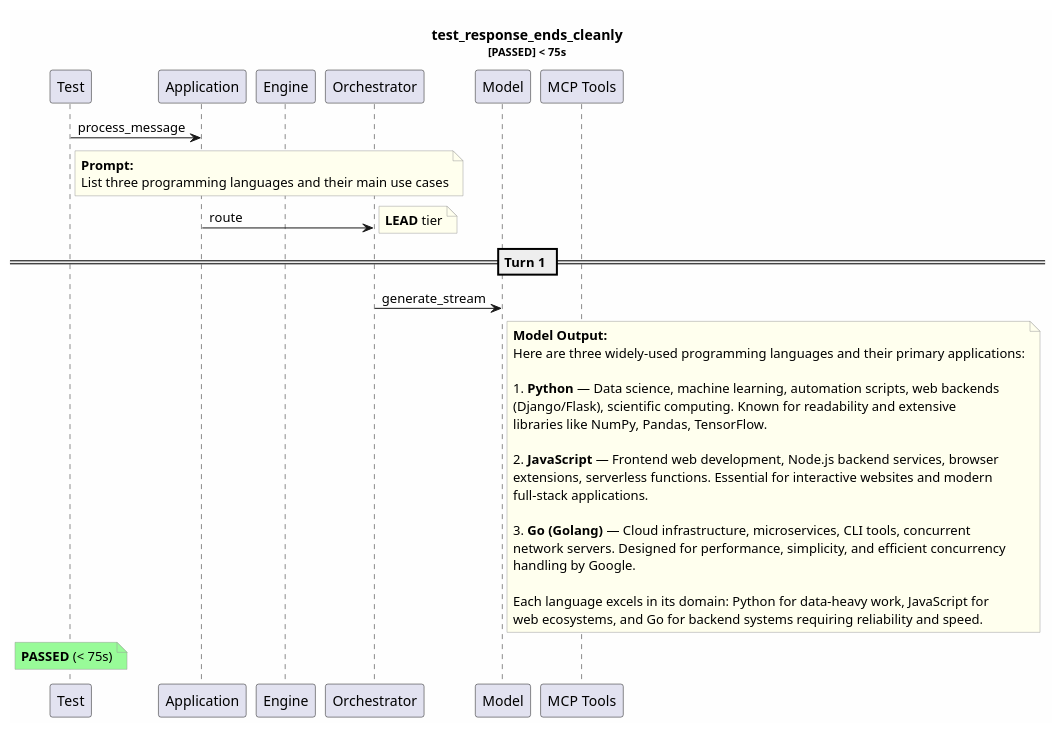
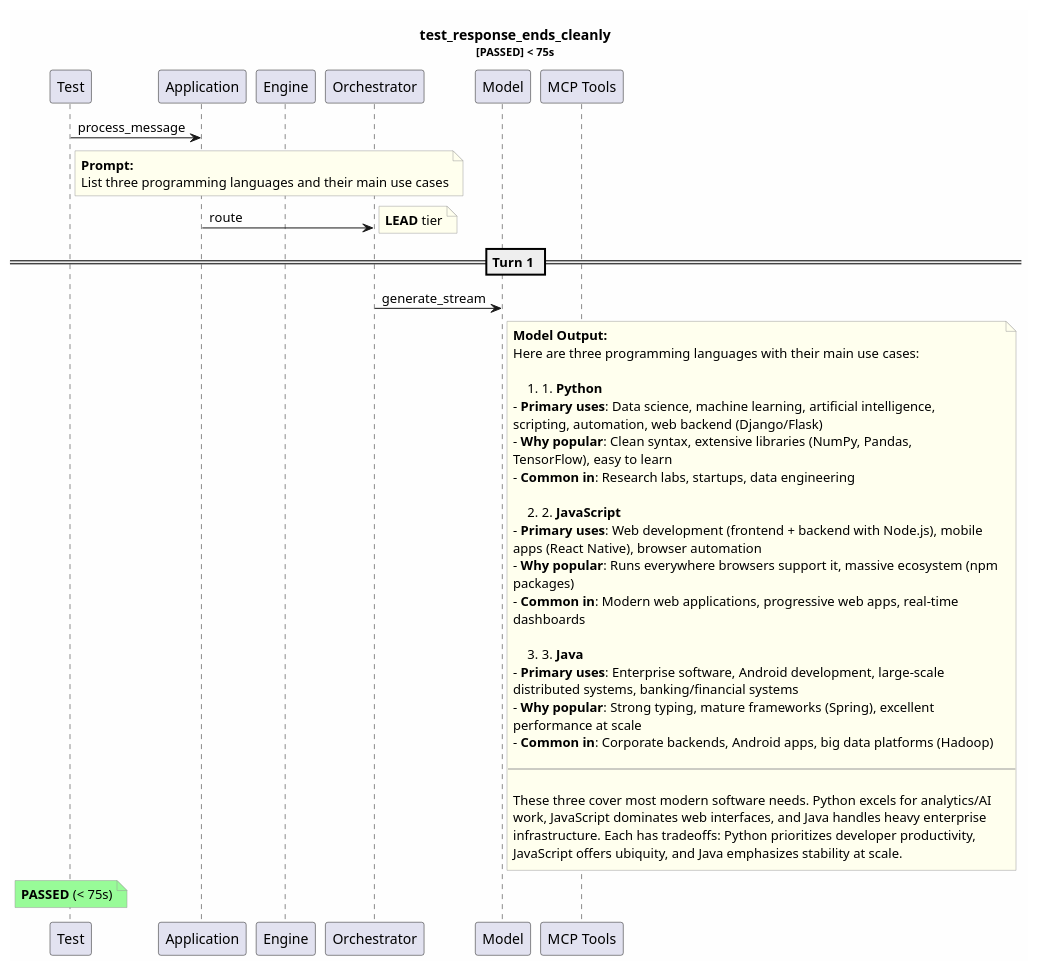
One commit to tvanfossen/entropic changed the diagram in test-reports/logs/test_response_ends_cleanly/test_response_ends_cleanly.puml. Above: the diagram before and after it, drawn with PlantUML. The commit also changed 12 other files, not shown here.

```diff
--- a/test-reports/logs/test_response_ends_cleanly/test_response_ends_cleanly.puml
+++ b/test-reports/logs/test_response_ends_cleanly/test_response_ends_cleanly.puml
@@ -1,46 +1,60 @@
 @startuml
 skinparam backgroundColor #FEFEFE
 skinparam noteBorderColor #999999
 skinparam noteBackgroundColor #FFFFEE
 title test_response_ends_cleanly\n<size:11>[PASSED] < 75s</size>
 
 participant "Test" as T
 participant "Application" as App
 participant "Engine" as Eng
 participant "Orchestrator" as Orch
 participant "Model" as Mdl
 participant "MCP Tools" as MCP
 
 T -> App: process_message
 note right of T
   **Prompt:**
   List three programming languages and their main use cases
 end note
 App -> Orch: route
 note right: **LEAD** tier
 == Turn 1 ==
 Orch -> Mdl: generate_stream
 note right of Mdl
   **Model Output:**
-  Here are three widely-used programming languages and their primary applications:
+  Here are three programming languages with their main use cases:
   
-  1. **Python** — Data science, machine learning, automation scripts, web backends
-  (Django/Flask), scientific computing. Known for readability and extensive 
-  libraries like NumPy, Pandas, TensorFlow.
+  ## 1. **Python**
+  - **Primary uses**: Data science, machine learning, artificial intelligence, 
+  scripting, automation, web backend (Django/Flask)
+  - **Why popular**: Clean syntax, extensive libraries (NumPy, Pandas, 
+  TensorFlow), easy to learn
+  - **Common in**: Research labs, startups, data engineering
   
-  2. **JavaScript** — Frontend web development, Node.js backend services, browser 
-  extensions, serverless functions. Essential for interactive websites and modern 
-  full-stack applications.
+  ## 2. **JavaScript**
+  - **Primary uses**: Web development (frontend + backend with Node.js), mobile 
+  apps (React Native), browser automation
+  - **Why popular**: Runs everywhere browsers support it, massive ecosystem (npm 
+  packages)
+  - **Common in**: Modern web applications, progressive web apps, real-time 
+  dashboards
   
-  3. **Go (Golang)** — Cloud infrastructure, microservices, CLI tools, concurrent 
-  network servers. Designed for performance, simplicity, and efficient concurrency
-  handling by Google.
+  ## 3. **Java**
+  - **Primary uses**: Enterprise software, Android development, large-scale 
+  distributed systems, banking/financial systems
+  - **Why popular**: Strong typing, mature frameworks (Spring), excellent 
+  performance at scale
+  - **Common in**: Corporate backends, Android apps, big data platforms (Hadoop)
   
-  Each language excels in its domain: Python for data-heavy work, JavaScript for 
-  web ecosystems, and Go for backend systems requiring reliability and speed.
+  ---
+  
+  These three cover most modern software needs. Python excels for analytics/AI 
+  work, JavaScript dominates web interfaces, and Java handles heavy enterprise 
+  infrastructure. Each has tradeoffs: Python prioritizes developer productivity, 
+  JavaScript offers ubiquity, and Java emphasizes stability at scale.
 end note
 note over T #palegreen
   **PASSED** (< 75s)
 end note
 
 @enduml
```
